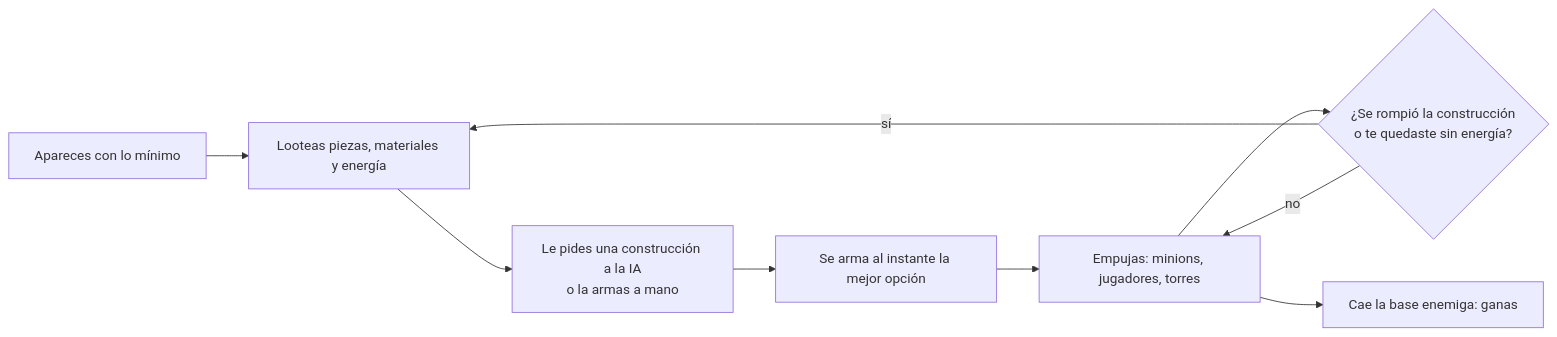
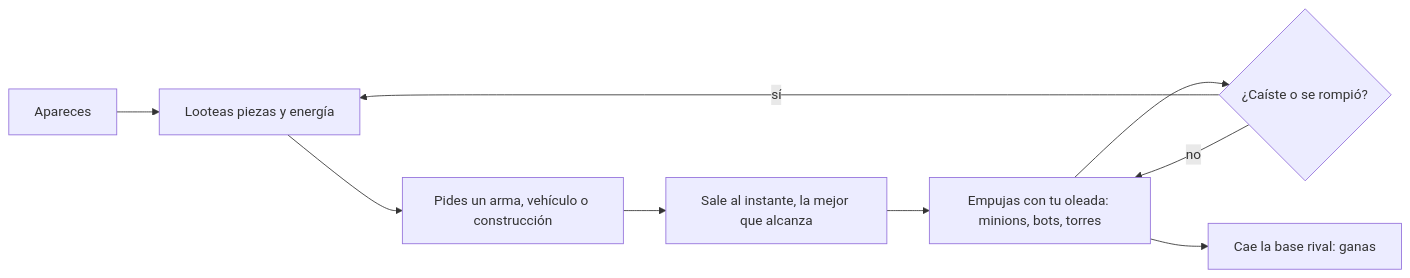
The diagram in docs/GDD.md (Cesarmtz17/GameJamm), drawn with Mermaid before and after one commit. The commit also changed other lines of this file and 3 other files, not shown here.

````diff
--- a/docs/GDD.md
+++ b/docs/GDD.md
@@ -65,11 +76,11 @@
 ```mermaid
 flowchart LR
-  A[Apareces con lo mínimo] --> B[Looteas piezas, materiales y energía]
-  B --> C[Le pides una construcción a la IA<br/>o la armas a mano]
-  C --> D[Se arma al instante la mejor opción]
-  D --> E[Empujas: minions, jugadores, torres]
-  E --> F{¿Se rompió la construcción<br/>o te quedaste sin energía?}
+  A[Apareces] --> B[Looteas piezas y energía]
+  B --> C[Pides un arma, vehículo o construcción]
+  C --> D[Sale al instante, la mejor que alcanza]
+  D --> E[Empujas con tu oleada: minions, bots, torres]
+  E --> F{¿Caíste o se rompió?}
   F -- sí --> B
   F -- no --> E
-  E --> G[Cae la base enemiga: ganas]
+  E --> G[Cae la base rival: ganas]
 ```
````
